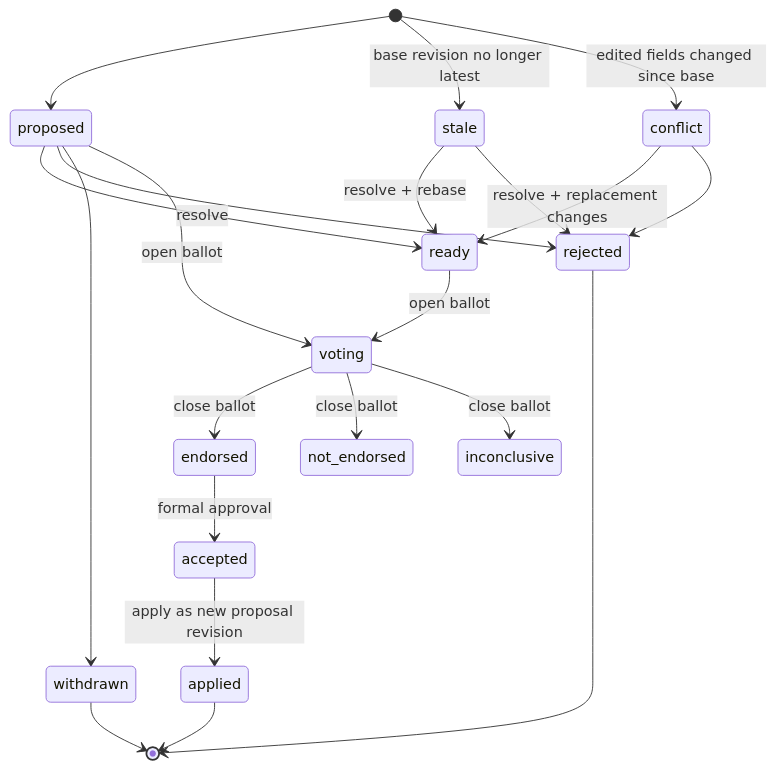
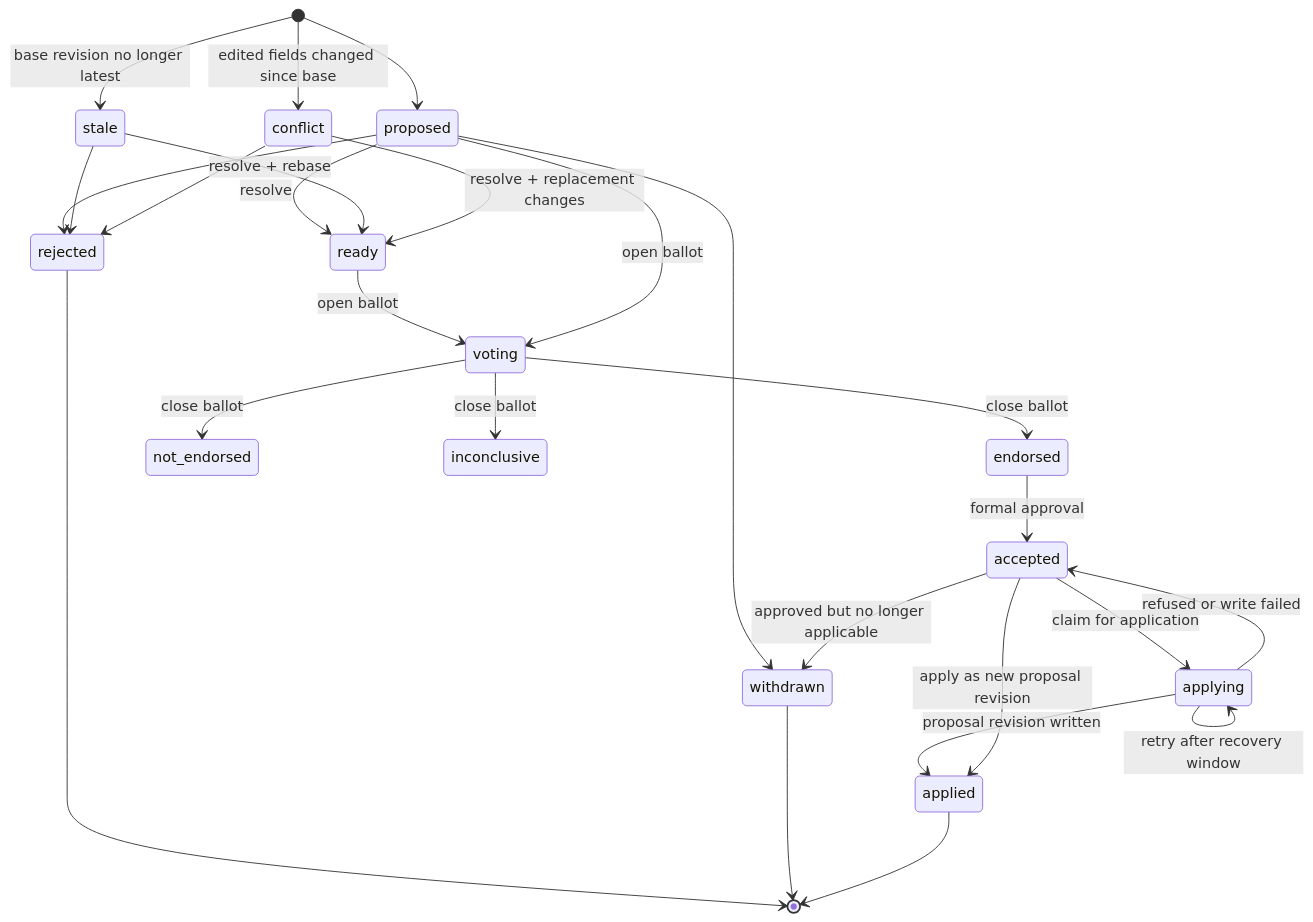
The second of 2 diagrams in docs/domain/domain-model.md (Fusion-Party-Aus/Engage), drawn with Mermaid before and after one commit. The commit also changed other lines of this file and 63 other files, not shown here.

````diff
--- a/docs/domain/domain-model.md
+++ b/docs/domain/domain-model.md
@@ -248,23 +248,28 @@
 ```mermaid
 stateDiagram-v2
   [*] --> proposed
   [*] --> stale: base revision no longer latest
   [*] --> conflict: edited fields changed since base
   proposed --> ready: resolve
   stale --> ready: resolve + rebase
   conflict --> ready: resolve + replacement changes
   proposed --> rejected
   stale --> rejected
   conflict --> rejected
   proposed --> withdrawn
   ready --> voting: open ballot
   proposed --> voting: open ballot
   voting --> endorsed: close ballot
   voting --> not_endorsed: close ballot
   voting --> inconclusive: close ballot
   endorsed --> accepted: formal approval
+  accepted --> applying: claim for application
+  applying --> applied: proposal revision written
+  applying --> applying: retry after recovery window
+  applying --> accepted: refused or write failed
   accepted --> applied: apply as new proposal revision
+  accepted --> withdrawn: approved but no longer applicable
   rejected --> [*]
   withdrawn --> [*]
   applied --> [*]
 ```
````
